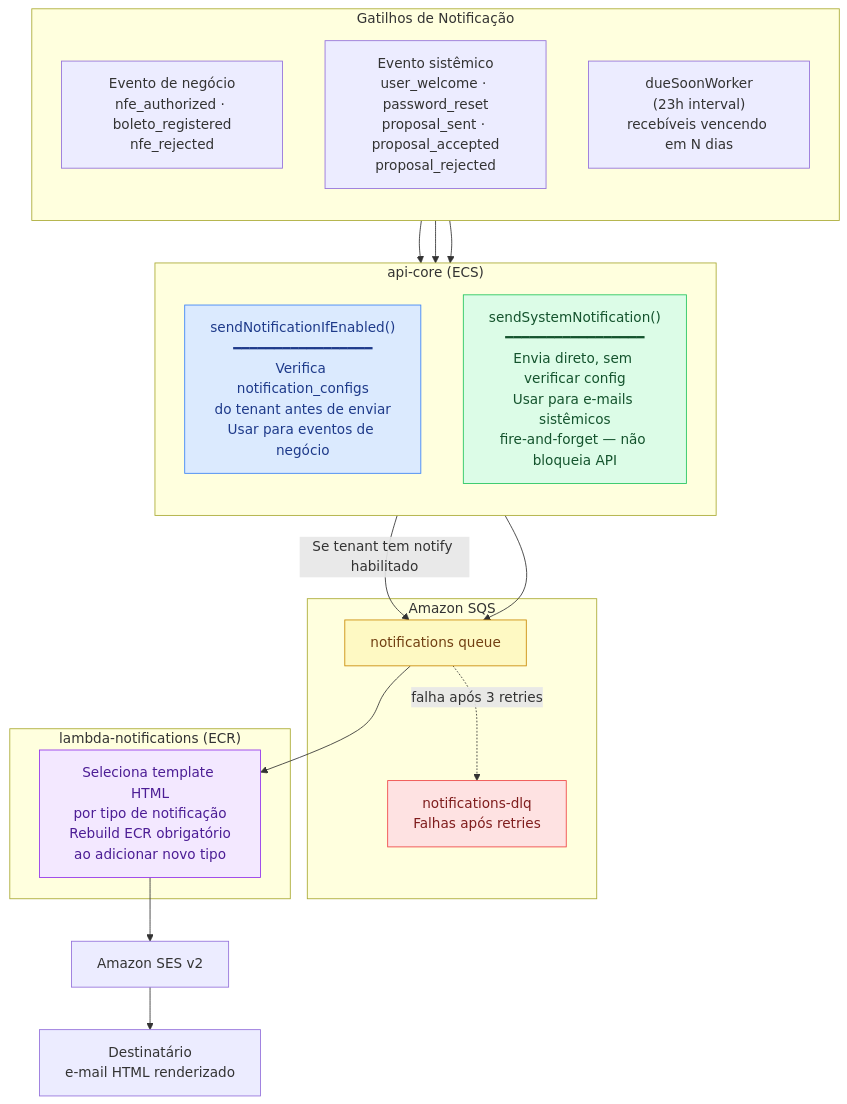
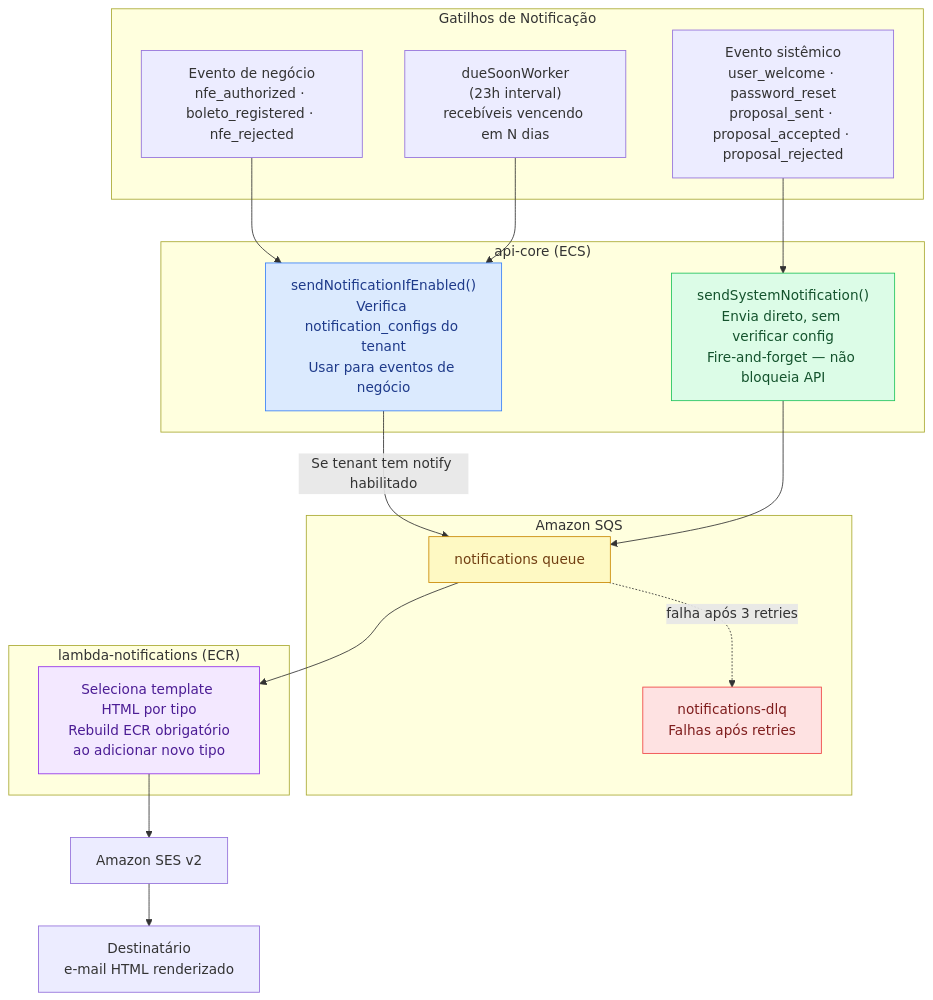
The ninth of 9 diagrams in README.md (gercenioxsilva/erp-lite), drawn with Mermaid before and after one commit. The commit also changed other lines of this file, not shown here.

````diff
--- a/README.md
+++ b/README.md
@@ -487,43 +507,41 @@
 ```mermaid
 flowchart TD
     subgraph Triggers["Gatilhos de Notificação"]
-        direction TB
-        T1["Evento de negócio\nnfe_authorized · boleto_registered\nnfe_rejected"]
-        T2["Evento sistêmico\nuser_welcome · password_reset\nproposal_sent · proposal_accepted\nproposal_rejected"]
+        T1["Evento de negócio\nnfe_authorized · boleto_registered · nfe_rejected"]
+        T2["Evento sistêmico\nuser_welcome · password_reset\nproposal_sent · proposal_accepted · proposal_rejected"]
         T3["dueSoonWorker\n(23h interval)\nrecebíveis vencendo em N dias"]
     end
 
     subgraph API["api-core (ECS)"]
-        direction TB
-        N1["sendNotificationIfEnabled()\n━━━━━━━━━━━━━━━━━\nVerifica notification_configs\ndo tenant antes de enviar\nUsar para eventos de negócio"]
-        N2["sendSystemNotification()\n━━━━━━━━━━━━━━━━━\nEnvia direto, sem verificar config\nUsar para e-mails sistêmicos\nfire-and-forget — não bloqueia API"]
+        N1["sendNotificationIfEnabled()\nVerifica notification_configs do tenant\nUsar para eventos de negócio"]
+        N2["sendSystemNotification()\nEnvia direto, sem verificar config\nFire-and-forget — não bloqueia API"]
     end
 
     subgraph Queue["Amazon SQS"]
         Q["notifications queue"]
         DLQ["notifications-dlq\nFalhas após retries"]
     end
 
     subgraph Lambda["lambda-notifications (ECR)"]
-        TMP["Seleciona template HTML\npor tipo de notificação\nRebuild ECR obrigatório\nao adicionar novo tipo"]
+        TMP["Seleciona template HTML por tipo\nRebuild ECR obrigatório\nao adicionar novo tipo"]
     end
 
     SES["Amazon SES v2"]
     DEST["Destinatário\ne-mail HTML renderizado"]
 
     T1 --> N1
     T2 --> N2
     T3 --> N1
     N1 -->|"Se tenant tem notify habilitado"| Q
     N2 --> Q
     Q --> TMP
     TMP --> SES
     SES --> DEST
     Q -. "falha após 3 retries" .-> DLQ
 
     style N1 fill:#dbeafe,stroke:#3b82f6,color:#1e3a8a
     style N2 fill:#dcfce7,stroke:#22c55e,color:#14532d
     style DLQ fill:#fee2e2,stroke:#ef4444,color:#7f1d1d
     style Q fill:#fef9c3,stroke:#ca8a04,color:#713f12
     style TMP fill:#f3e8ff,stroke:#9333ea,color:#4c1d95
 ```
````
